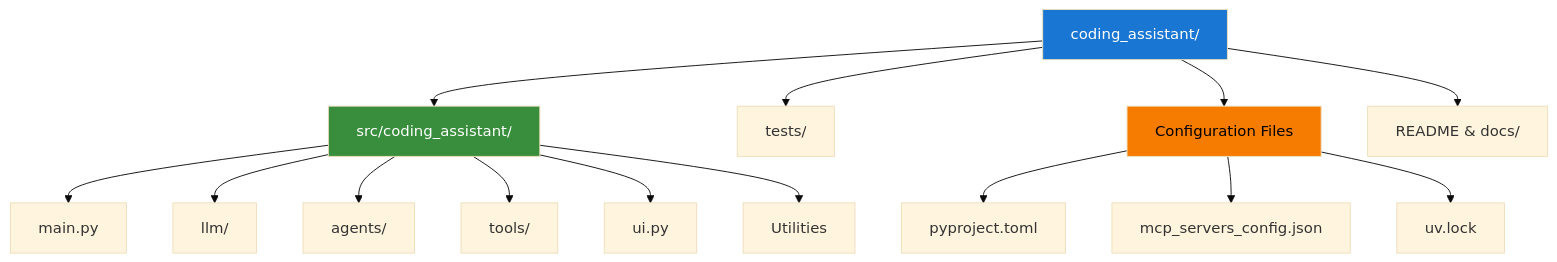
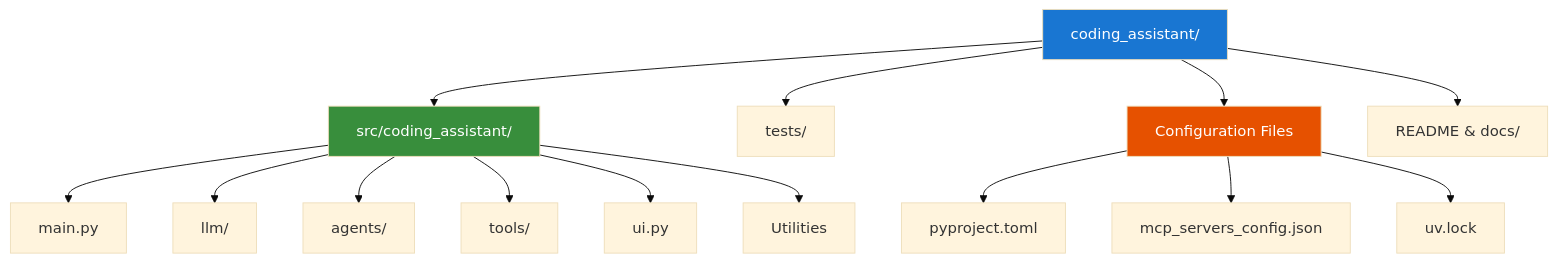
The first of 15 diagrams in docs-content/01_frameworks/Session1_ModuleD_Coding_Assistant_Case_Study.md (fwornle/agentic-ai-nano), drawn with Mermaid (base theme) before and after one commit. The commit also changed other lines of this file, not shown here.

````diff
--- a/docs-content/01_frameworks/Session1_ModuleD_Coding_Assistant_Case_Study.md
+++ b/docs-content/01_frameworks/Session1_ModuleD_Coding_Assistant_Case_Study.md
@@ -35,22 +35,22 @@
 ```mermaid
 graph TD
     ROOT[coding_assistant/] --> SRC[src/coding_assistant/]
     ROOT --> TESTS[tests/]
     ROOT --> CONFIG[Configuration Files]
     ROOT --> DOCS[README & docs/]
     
     CONFIG --> PY[pyproject.toml]
     CONFIG --> MCP[mcp_servers_config.json]
     CONFIG --> UV[uv.lock]
     
     SRC --> MAIN[main.py]
     SRC --> LLM[llm/]
     SRC --> AGENTS[agents/]
     SRC --> TOOLS[tools/]
     SRC --> UI[ui.py]
     SRC --> UTILS[Utilities]
     
     style ROOT fill:#1976D2,color:#ffffff
     style SRC fill:#388E3C,color:#ffffff
-    style CONFIG fill:#F57C00,color:#000000
+    style CONFIG fill:#E65100,color:#ffffff
 ```
````
